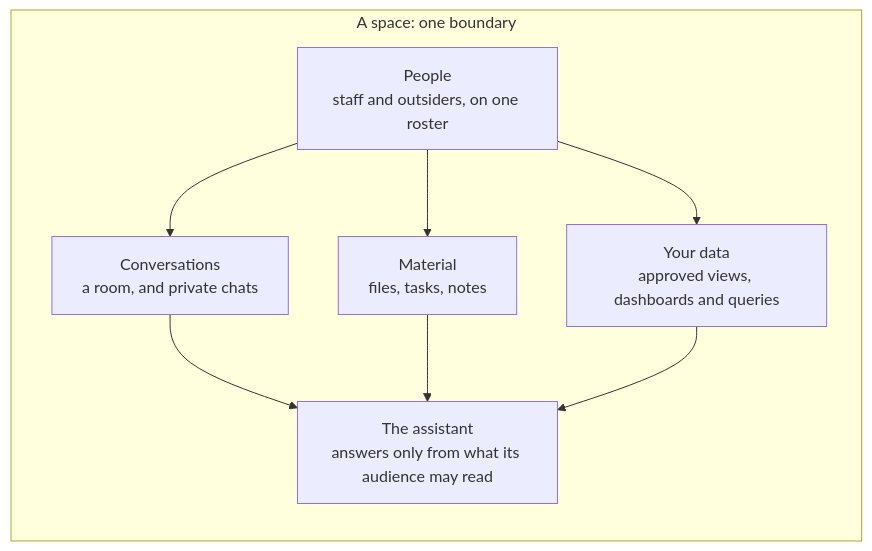
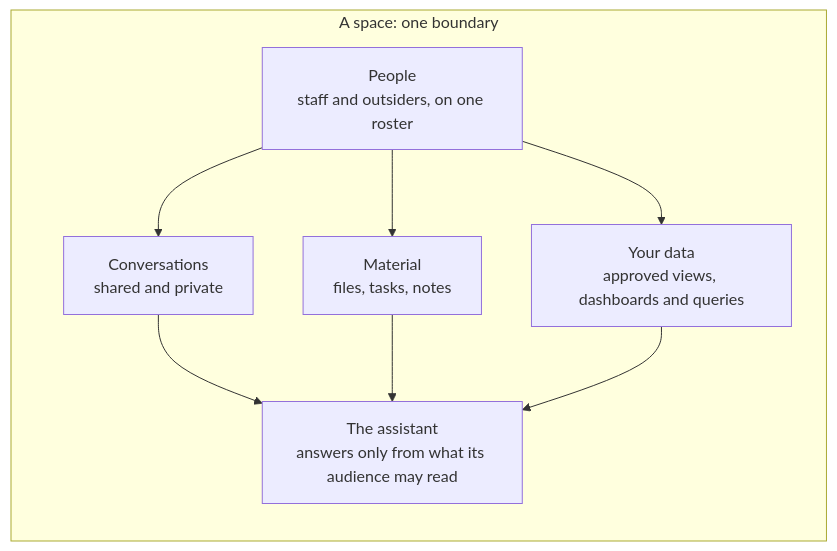
Before and after one commit to MemberJunction/bizapps-collaboration: the diagram in README.md, drawn with Mermaid. The commit also changed other lines of this file and 3 other files, not shown here.

````diff
--- a/README.md
+++ b/README.md
@@ -53,17 +53,17 @@
 ```mermaid
 flowchart TB
   subgraph S["A space: one boundary"]
     direction TB
     P["People<br/>staff and outsiders, on one roster"]
     M["Material<br/>files, tasks, notes"]
-    C["Conversations<br/>a room, and private chats"]
+    C["Conversations<br/>shared and private"]
     A["The assistant<br/>answers only from what its audience may read"]
     D["Your data<br/>approved views, dashboards and queries"]
   end
   P --> M
   P --> C
   C --> A
   M --> A
   D --> A
   P --> D
 ```
````
